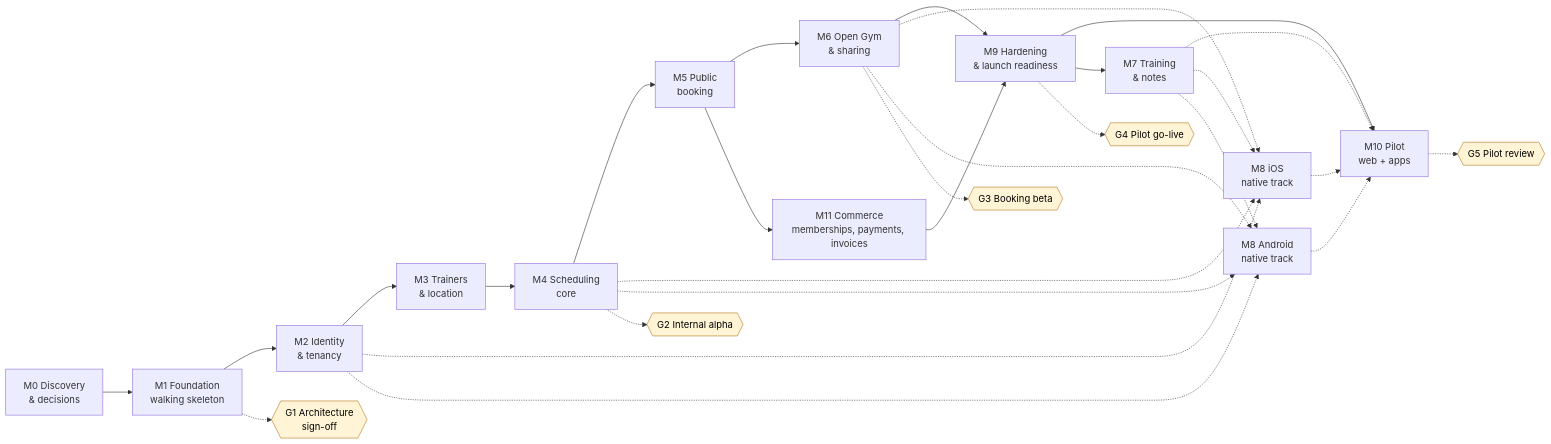
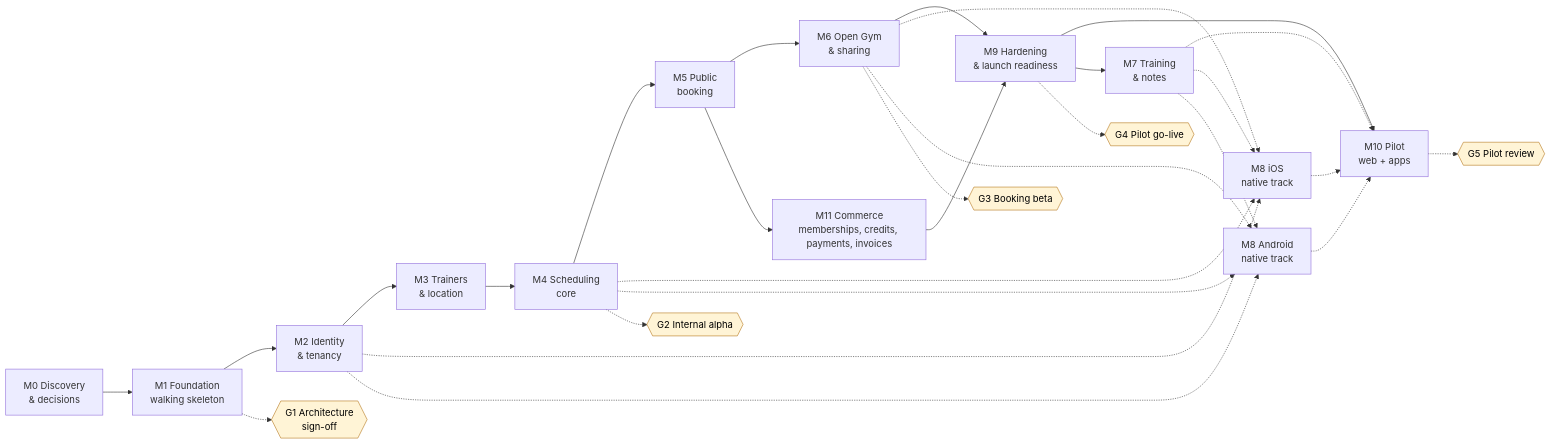
Before and after one commit to fivvi-app/fivvi: the first of 2 diagrams in docs/product/ROADMAP.md, drawn with Mermaid. The commit also changed other lines of this file and 13 other files, not shown here.

````diff
--- a/docs/product/ROADMAP.md
+++ b/docs/product/ROADMAP.md
@@ -83,38 +83,38 @@
 ```mermaid
 flowchart LR
   M0[M0 Discovery<br/>& decisions] --> M1[M1 Foundation<br/>walking skeleton]
   M1 --> M2[M2 Identity<br/>& tenancy]
   M2 --> M3[M3 Trainers<br/>& location]
   M3 --> M4[M4 Scheduling<br/>core]
   M4 --> M5[M5 Public<br/>booking]
   M5 --> M6[M6 Open Gym<br/>& sharing]
-  M5 --> M11[M11 Commerce<br/>memberships, payments, invoices]
+  M5 --> M11[M11 Commerce<br/>memberships, credits, payments, invoices]
   M6 --> M9[M9 Hardening<br/>& launch readiness]
   M11 --> M9
   M9 --> M10[M10 Pilot<br/>web + apps]
   M9 --> M7[M7 Training<br/>& notes]
   M2 -.-> M8i[M8 iOS<br/>native track]
   M2 -.-> M8a[M8 Android<br/>native track]
   M4 -.-> M8i
   M4 -.-> M8a
   M6 -.-> M8i
   M6 -.-> M8a
   M7 -.-> M10
   M7 -.-> M8i
   M7 -.-> M8a
   M8i -.-> M10
   M8a -.-> M10
 
   G1{{G1 Architecture<br/>sign-off}}:::gate
   G2{{G2 Internal alpha}}:::gate
   G3{{G3 Booking beta}}:::gate
   G4{{G4 Pilot go-live}}:::gate
   G5{{G5 Pilot review}}:::gate
   M1 -.-> G1
   M4 -.-> G2
   M6 -.-> G3
   M9 -.-> G4
   M10 -.-> G5
 
   classDef gate fill:#fff4d6,stroke:#b7791f,color:#000;
 ```
````
